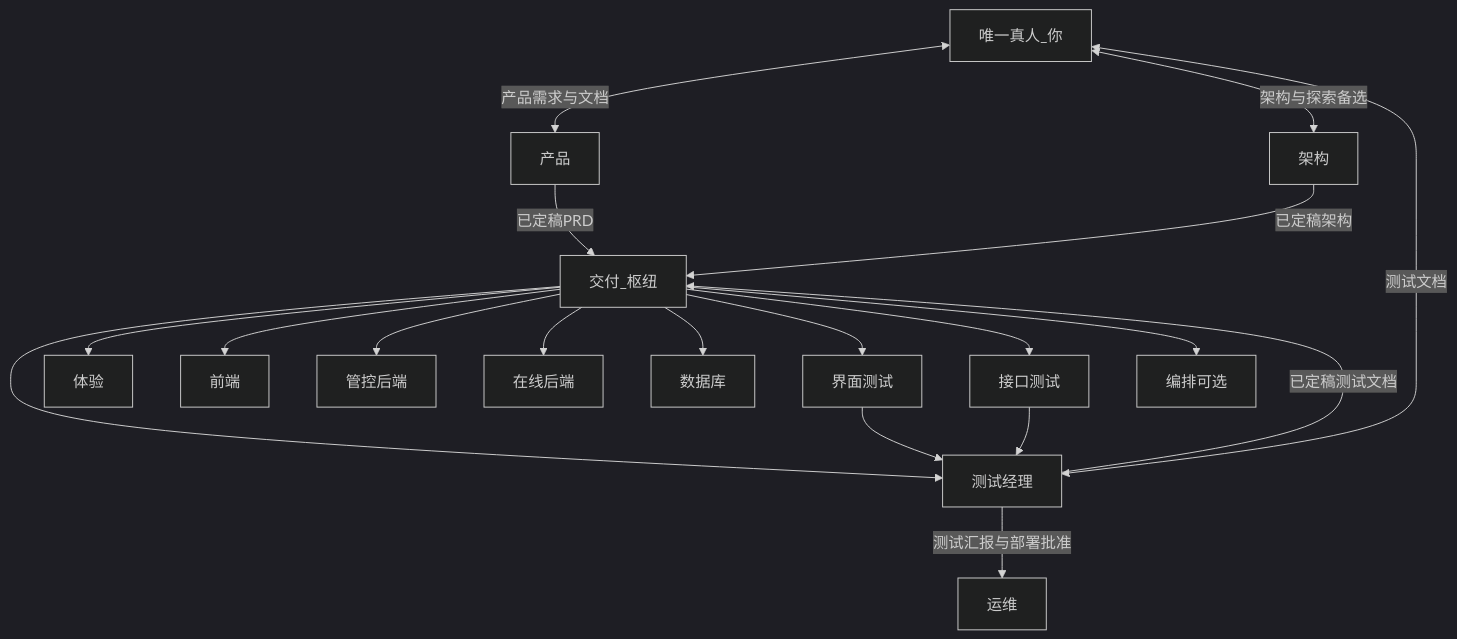
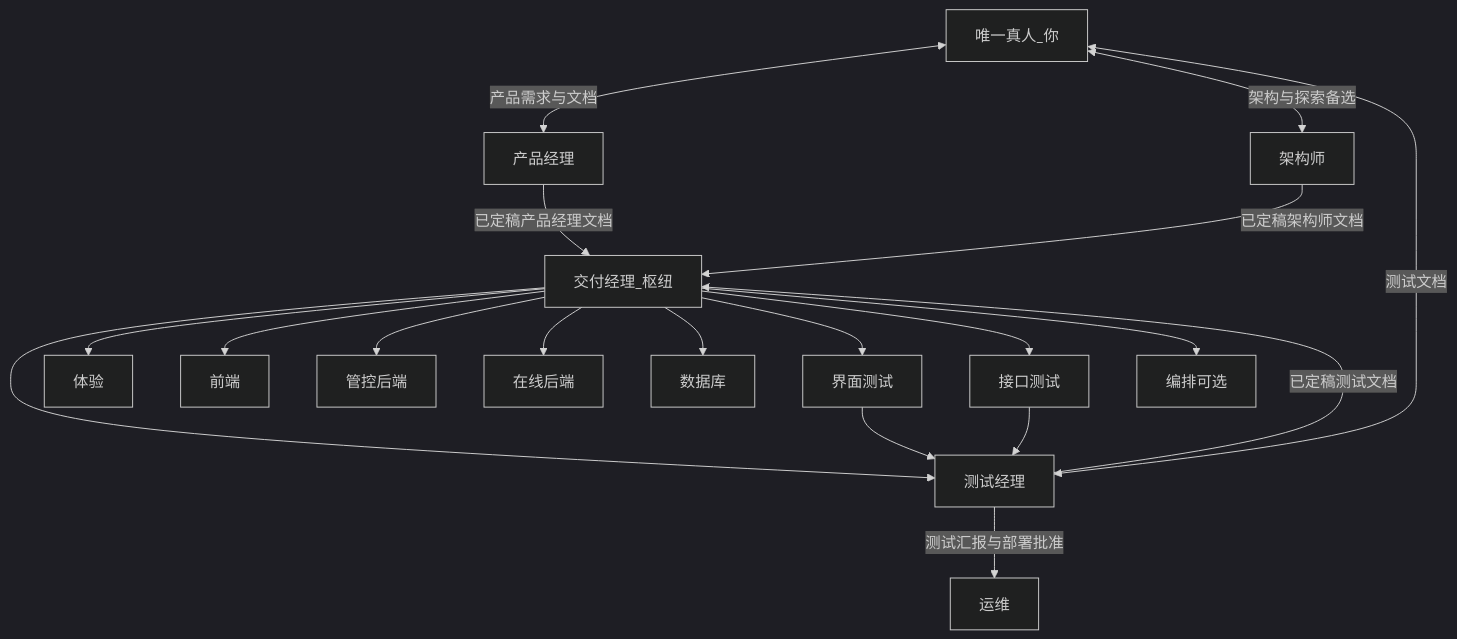
The first of 3 diagrams in docs/agent-system.md (yiurenma/workflow-operation-api), drawn with Mermaid (dark theme) before and after one commit. The commit also changed other lines of this file, not shown here.

````diff
--- a/docs/agent-system.md
+++ b/docs/agent-system.md
@@ -38,36 +38,36 @@
 ```mermaid
 %% 编排与数据流（完整）
 flowchart TB
   Founder[唯一真人_你]
-  PProd[产品]
-  Arch[架构]
-  PPrj[交付_枢纽]
+  PProd[产品经理]
+  Arch[架构师]
+  PPrj[交付经理_枢纽]
   TM[测试经理]
   UX[体验]
   UI[前端]
   Op[管控后端]
   On[在线后端]
   DB[数据库]
   UIT[界面测试]
   APT[接口测试]
   OpsDeploy[运维]
   Orch[编排可选]
   Founder <-->|"产品需求与文档"| PProd
   Founder <-->|"架构与探索备选"| Arch
   Founder <-->|"测试文档"| TM
-  PProd -->|"已定稿PRD"| PPrj
-  Arch -->|"已定稿架构"| PPrj
+  PProd -->|"已定稿产品经理文档"| PPrj
+  Arch -->|"已定稿架构师文档"| PPrj
   PPrj --> TM
   TM -->|"已定稿测试文档"| PPrj
   PPrj --> UX
   PPrj --> UI
   PPrj --> Op
   PPrj --> On
   PPrj --> DB
   PPrj --> UIT
   PPrj --> APT
   PPrj --> Orch
   UIT --> TM
   APT --> TM
   TM -->|"测试汇报与部署批准"| OpsDeploy
 ```
````
